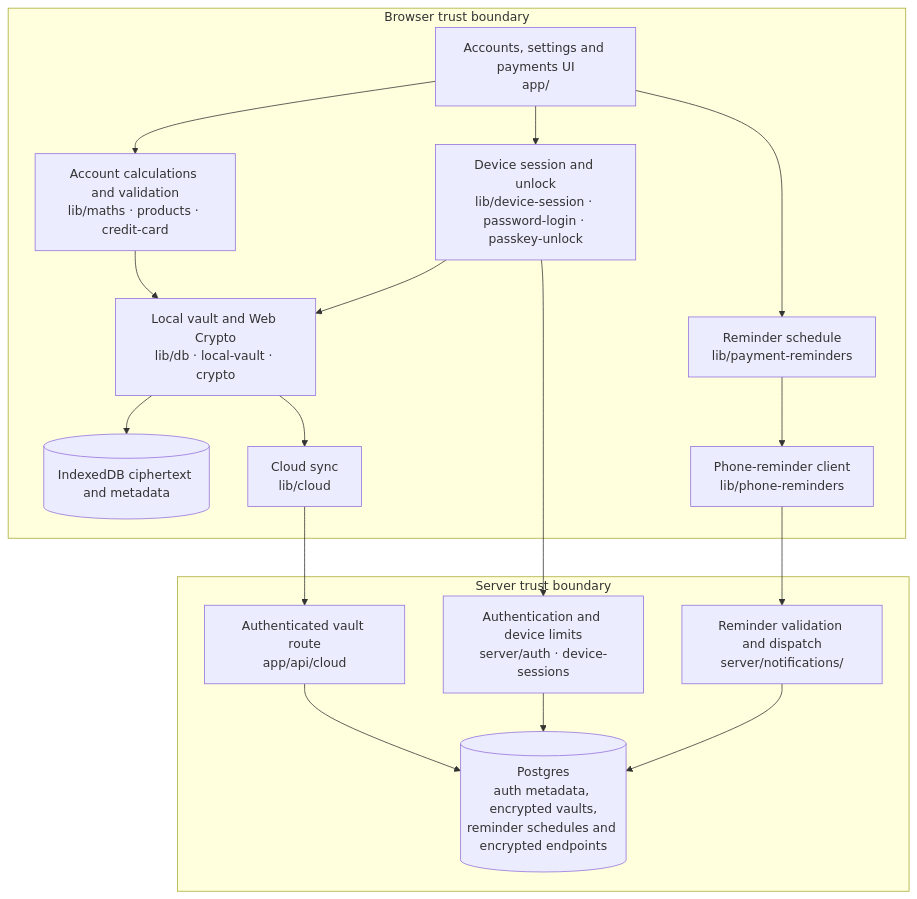
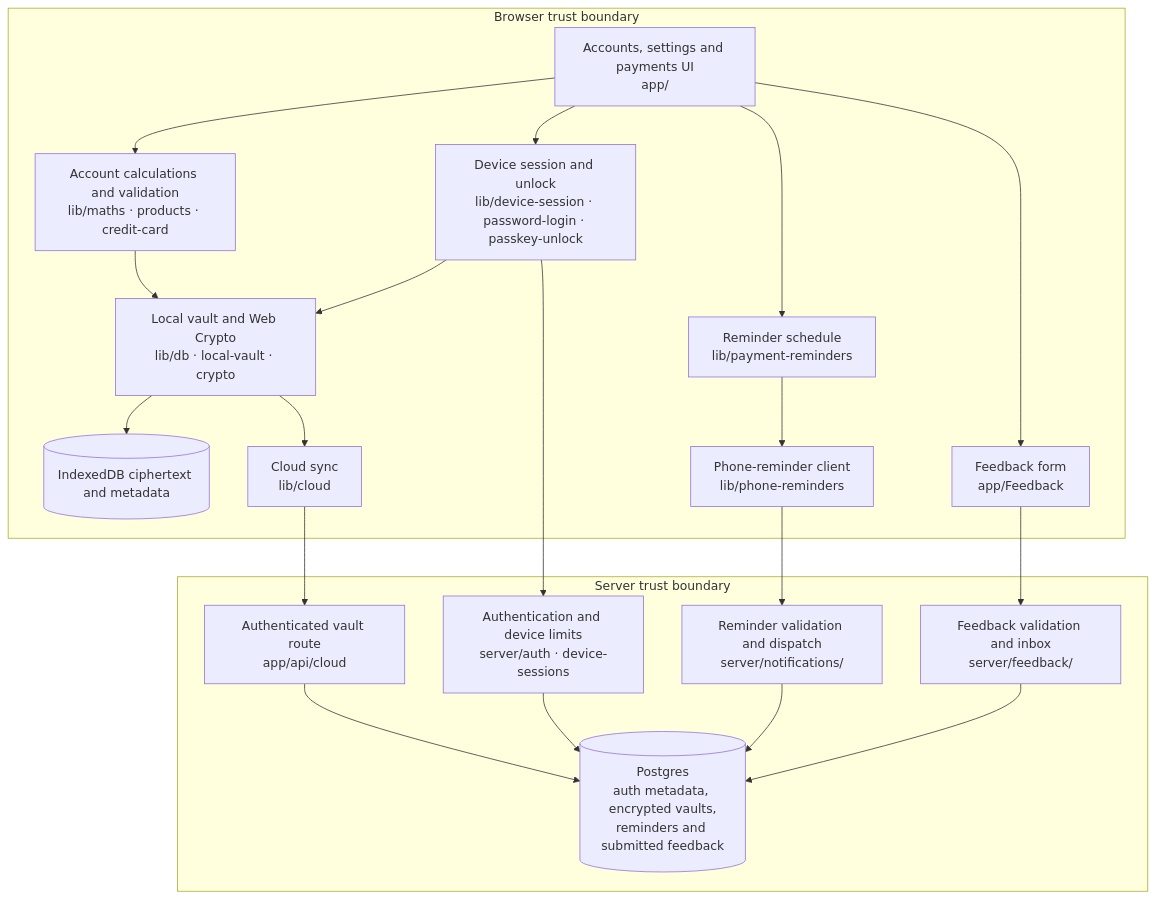
The third of 3 diagrams in docs/architecture.md (devcamos/drip), drawn with Mermaid before and after one commit. The commit also changed other lines of this file and 38 other files, not shown here.

````diff
--- a/docs/architecture.md
+++ b/docs/architecture.md
@@ -50,25 +54,29 @@
 ```mermaid
 flowchart TB
     subgraph Browser["Browser trust boundary"]
         View["Accounts, settings and payments UI<br/>app/"] --> Logic["Account calculations and validation<br/>lib/maths · products · credit-card"]
         View --> Session["Device session and unlock<br/>lib/device-session · password-login · passkey-unlock"]
         Session --> Vault["Local vault and Web Crypto<br/>lib/db · local-vault · crypto"]
         Logic --> Vault
         Vault --> Local[("IndexedDB ciphertext and metadata")]
         Vault --> Sync["Cloud sync<br/>lib/cloud"]
         View --> Schedule["Reminder schedule<br/>lib/payment-reminders"]
+        View --> FeedbackUI["Feedback form<br/>app/Feedback"]
         Schedule --> Phone["Phone-reminder client<br/>lib/phone-reminders"]
     end
     subgraph Server["Server trust boundary"]
         Auth["Authentication and device limits<br/>server/auth · device-sessions"]
         API["Authenticated vault route<br/>app/api/cloud"]
         PushAPI["Reminder validation and dispatch<br/>server/notifications/"]
-        DB[("Postgres<br/>auth metadata, encrypted vaults,<br/>reminder schedules and encrypted endpoints")]
+        FeedbackAPI["Feedback validation and inbox<br/>server/feedback/"]
+        DB[("Postgres<br/>auth metadata, encrypted vaults,<br/>reminders and submitted feedback")]
         Auth --> DB
         API --> DB
         PushAPI --> DB
+        FeedbackAPI --> DB
     end
     Session --> Auth
     Sync --> API
     Phone --> PushAPI
+    FeedbackUI --> FeedbackAPI
 ```
````
